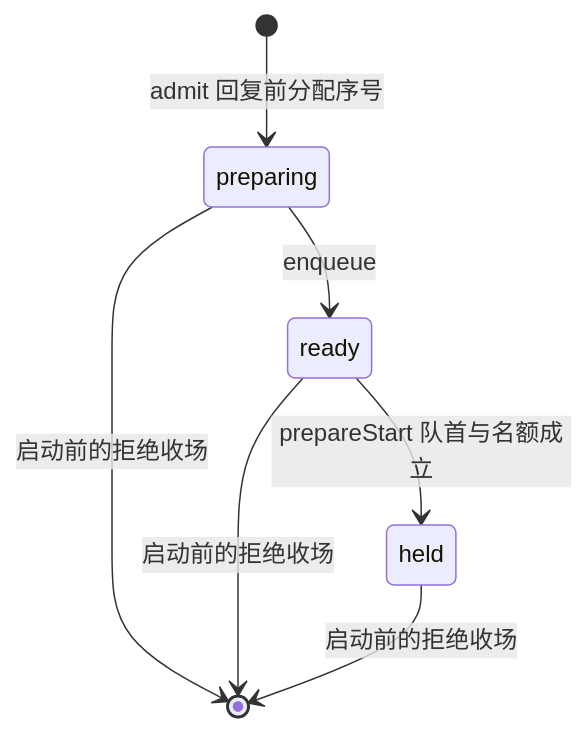
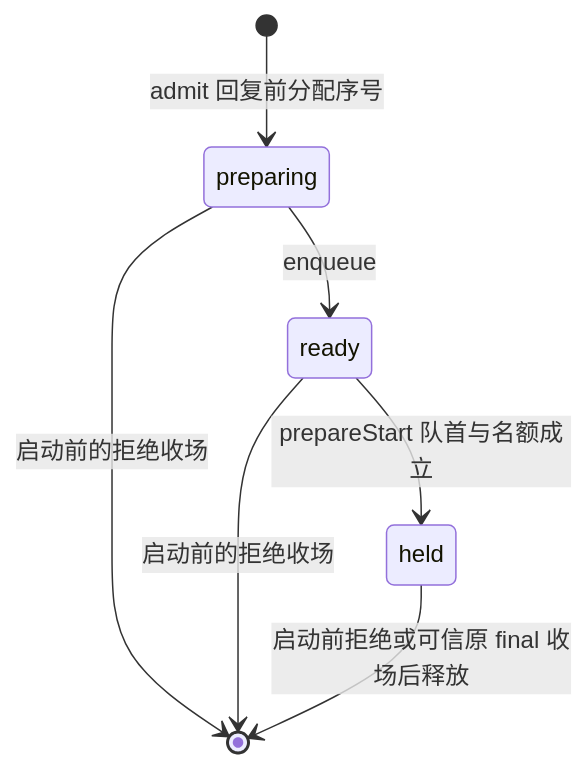
One commit to nemori-ai/omne-harness-lite changed the third of 3 diagrams in packages/tool/tool/docs/object-model.md. Above: the diagram before and after it, drawn with Mermaid. The commit also changed other lines of this file and 22 other files, not shown here.

````diff
--- a/packages/tool/tool/docs/object-model.md
+++ b/packages/tool/tool/docs/object-model.md
@@ -140,9 +142,9 @@
 ```mermaid
 stateDiagram-v2
     [*] --> preparing: admit 回复前分配序号
     preparing --> ready: enqueue
     ready --> held: prepareStart 队首与名额成立
     preparing --> [*]: 启动前的拒绝收场
     ready --> [*]: 启动前的拒绝收场
-    held --> [*]: 启动前的拒绝收场
+    held --> [*]: 启动前拒绝或可信原 final 收场后释放
 ```
````
